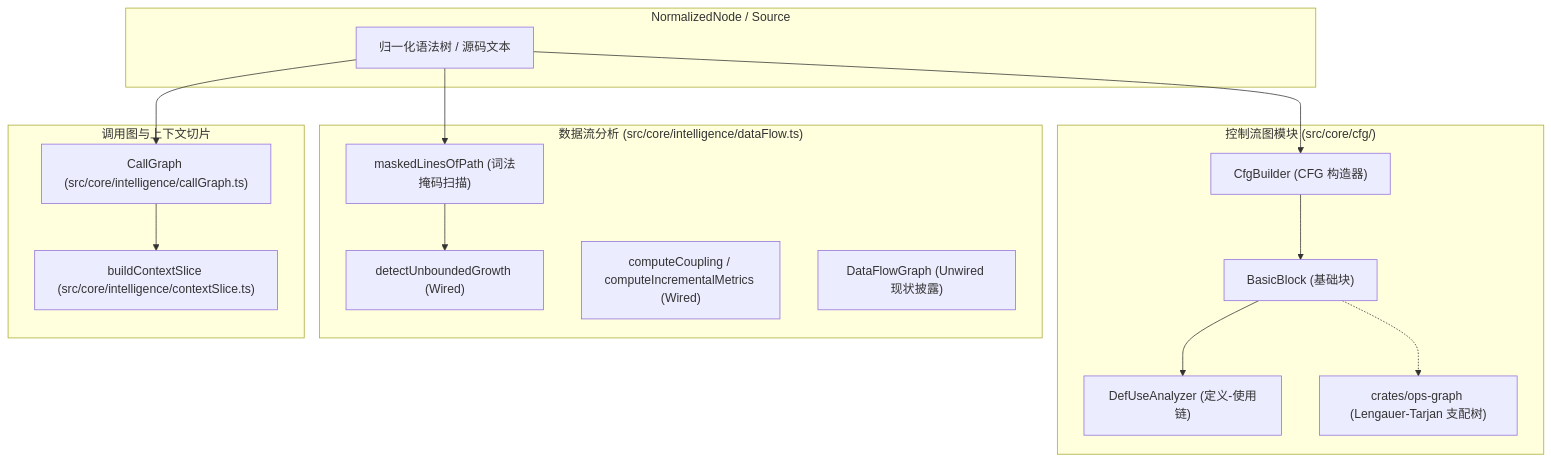
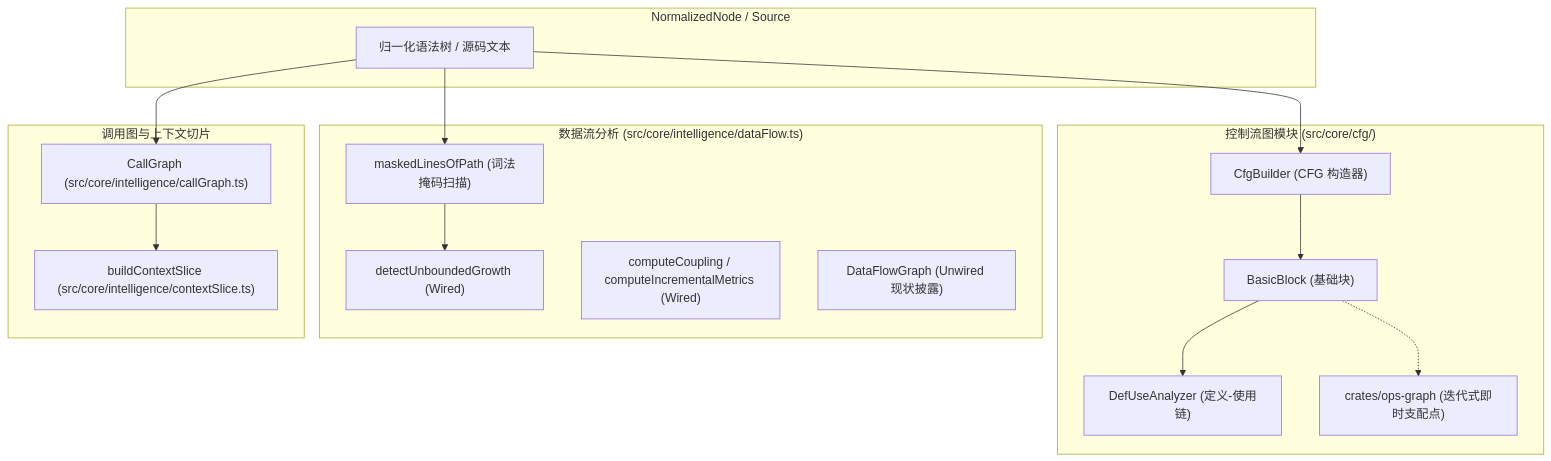
The diagram in auto-refactor/docs/02-parsers-and-ast/03-lazy-projection.md (guilingzhouyi-creator/vscode-extensions), drawn with Mermaid before and after one commit. The commit also changed other lines of this file and 6 other files, not shown here.

````diff
--- a/auto-refactor/docs/02-parsers-and-ast/03-lazy-projection.md
+++ b/auto-refactor/docs/02-parsers-and-ast/03-lazy-projection.md
@@ -17,30 +17,30 @@
 ```mermaid
 flowchart TD
   subgraph L2_AST["NormalizedNode / Source"]
     AST["归一化语法树 / 源码文本"]
   end
 
   subgraph CFG_Module["控制流图模块 (src/core/cfg/)"]
     BB["BasicBlock (基础块)"]
     BUILDER["CfgBuilder (CFG 构造器)"]
     DEF_USE["DefUseAnalyzer (定义-使用链)"]
-    NATIVE_DOM["crates/ops-graph (Lengauer-Tarjan 支配树)"]
+    NATIVE_DOM["crates/ops-graph (迭代式即时支配点)"]
   end
 
   subgraph DFG_Module["数据流分析 (src/core/intelligence/dataFlow.ts)"]
     MASK["maskedLinesOfPath (词法掩码扫描)"]
     LEAK["detectUnboundedGrowth (Wired)"]
     METRICS["computeCoupling / computeIncrementalMetrics (Wired)"]
     DFG_CLASS["DataFlowGraph (Unwired 现状披露)"]
   end
 
   subgraph Call_Module["调用图与上下文切片"]
     CG["CallGraph (src/core/intelligence/callGraph.ts)"]
     SLICE["buildContextSlice (src/core/intelligence/contextSlice.ts)"]
   end
 
   AST --> BUILDER --> BB --> DEF_USE
   BB -.-> NATIVE_DOM
   AST --> MASK --> LEAK
   AST --> CG --> SLICE
 ```
````
